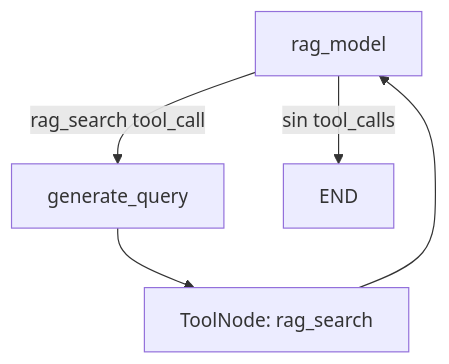
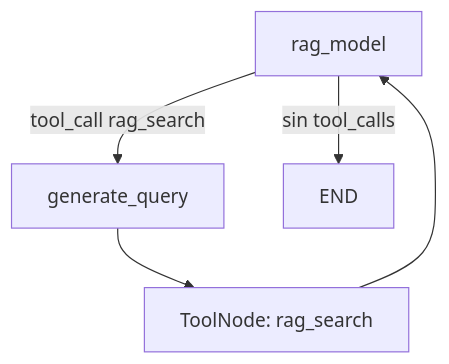
One commit to Fergchis/NaviRag_Trading changed the second of 2 diagrams in docs/flujo_langgraph_ev2.md. Above: the diagram before and after it, drawn with Mermaid. The commit also changed other lines of this file and 1 other file, not shown here.

````diff
--- a/docs/flujo_langgraph_ev2.md
+++ b/docs/flujo_langgraph_ev2.md
@@ -50,7 +105,7 @@
 ```mermaid
 flowchart TD
-    RM[rag_model] -->|rag_search tool_call| Q[generate_query]
-    RM -->|sin tool_calls| END
+    RM[rag_model] -->|tool_call rag_search| Q[generate_query]
+    RM -->|sin tool_calls| E[END]
     Q --> T[ToolNode: rag_search]
     T --> RM
 ```
````
